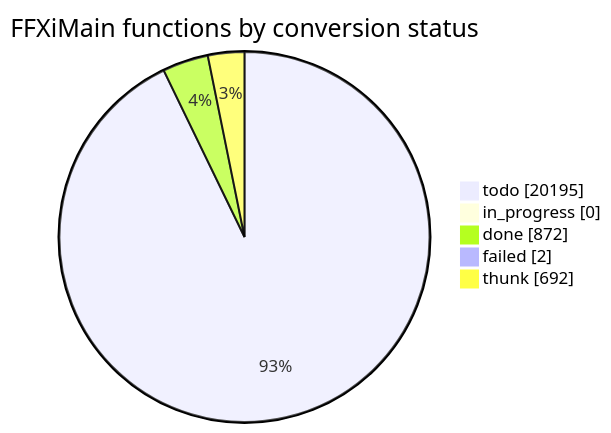
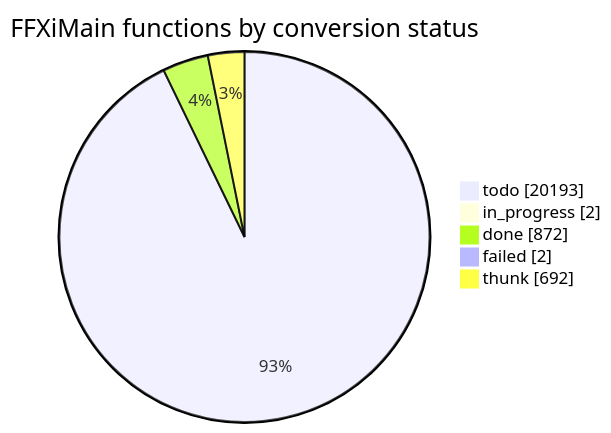
The diagram in docs/cow/STATUS.md (cowrevenge/cow_kuluu_xi_anything), drawn with Mermaid before and after one commit. The commit also changed other lines of this file and 7 other files, not shown here.

````diff
--- a/docs/cow/STATUS.md
+++ b/docs/cow/STATUS.md
@@ -18,9 +18,9 @@
 ```mermaid
 pie showData
     title FFXiMain functions by conversion status
-    "todo" : 20195
-    "in_progress" : 0
+    "todo" : 20193
+    "in_progress" : 2
     "done" : 872
     "failed" : 2
     "thunk" : 692
 ```
````
